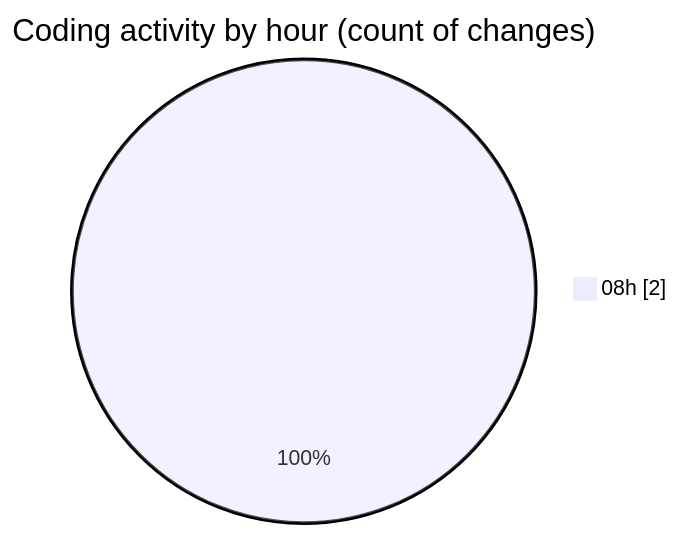
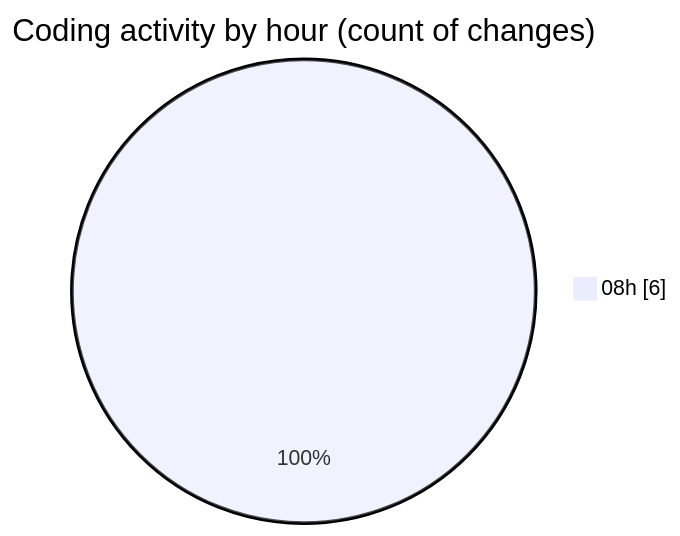
The second of 2 diagrams in 2025-02-27/coding_prac_8/README.md (NitaiMahat/code-tracking), drawn with Mermaid before and after one commit. The commit also changed other lines of this file and 1 other file, not shown here.

````diff
--- a/2025-02-27/coding_prac_8/README.md
+++ b/2025-02-27/coding_prac_8/README.md
@@ -28,5 +28,5 @@
 ```mermaid
 pie showData
 title Coding activity by hour (count of changes)
-"08h" : 2
+"08h" : 6
 ```
````
